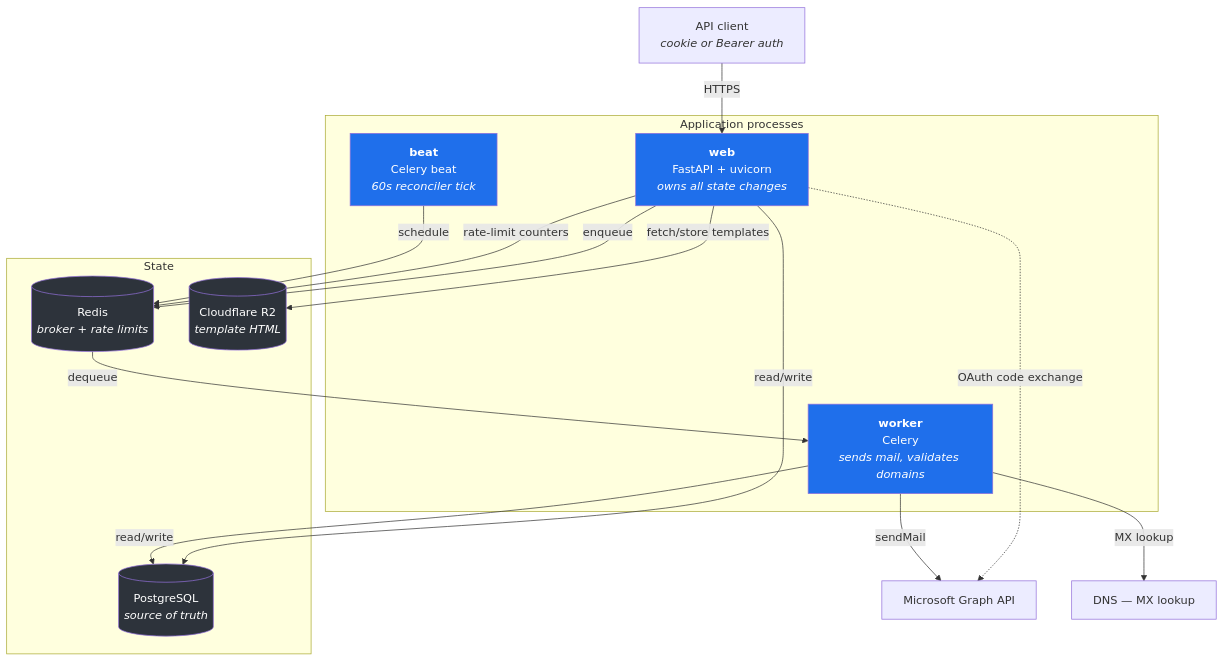
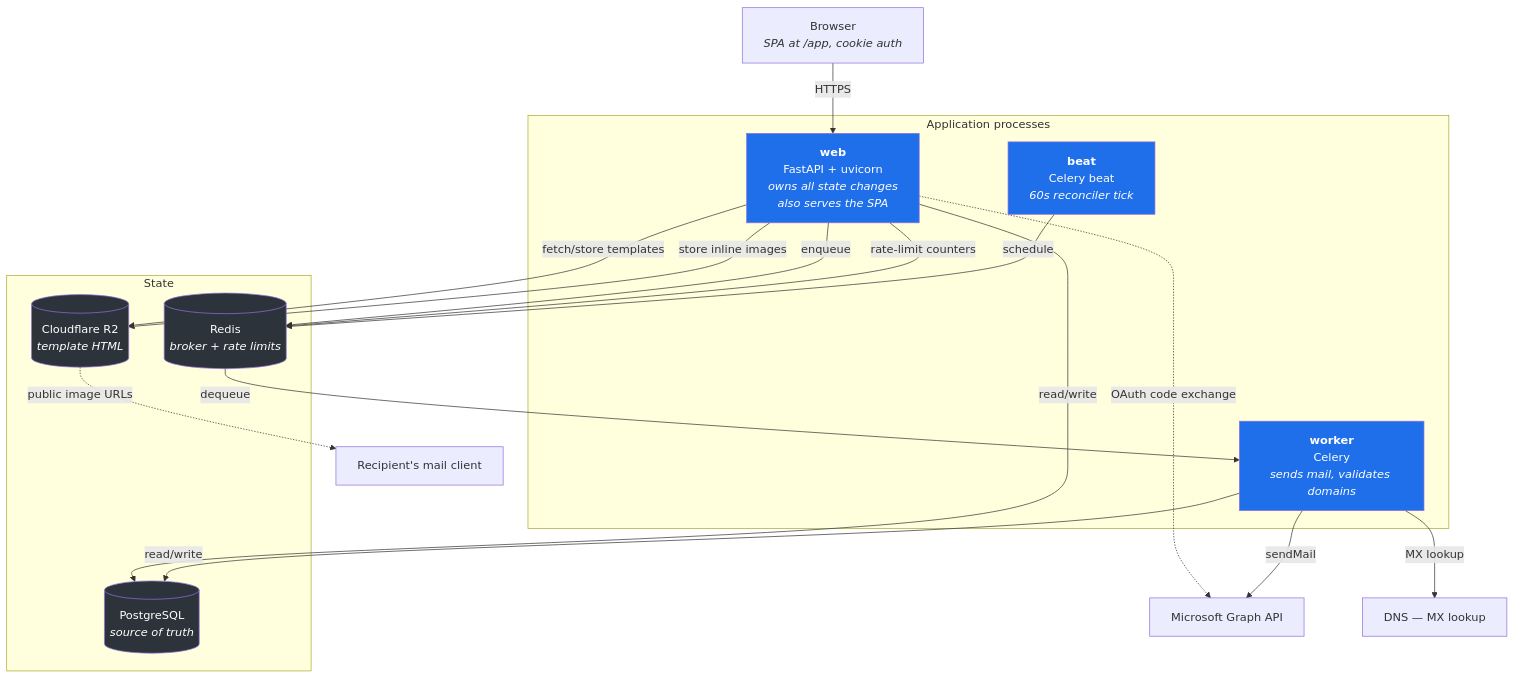
Before and after one commit to dmasifur/full_stack_mailer: the first of 5 diagrams in docs/architecture.md, drawn with Mermaid. The commit also changed other lines of this file and 5 other files, not shown here.

````diff
--- a/docs/architecture.md
+++ b/docs/architecture.md
@@ -22,39 +24,41 @@
 ```mermaid
 graph TB
-    Client["API client<br/><i>cookie or Bearer auth</i>"]
+    Client["Browser<br/><i>SPA at /app, cookie auth</i>"]
 
     subgraph Processes["Application processes"]
-        Web["<b>web</b><br/>FastAPI + uvicorn<br/><i>owns all state changes</i>"]
+        Web["<b>web</b><br/>FastAPI + uvicorn<br/><i>owns all state changes</i><br/><i>also serves the SPA</i>"]
         Worker["<b>worker</b><br/>Celery<br/><i>sends mail, validates domains</i>"]
         Beat["<b>beat</b><br/>Celery beat<br/><i>60s reconciler tick</i>"]
     end
 
     subgraph Stores["State"]
         PG[("PostgreSQL<br/><i>source of truth</i>")]
         Redis[("Redis<br/><i>broker + rate limits</i>")]
         R2[("Cloudflare R2<br/><i>template HTML</i>")]
     end
 
     Graph["Microsoft Graph API"]
     DNS["DNS — MX lookup"]
 
     Client -->|HTTPS| Web
     Web -->|read/write| PG
     Web -->|enqueue| Redis
     Web -->|rate-limit counters| Redis
     Web -->|fetch/store templates| R2
+    Web -->|store inline images| R2
+    R2 -.->|public image URLs| Inbox["Recipient's mail client"]
     Web -.->|OAuth code exchange| Graph
 
     Redis -->|dequeue| Worker
     Beat -->|schedule| Redis
     Worker -->|read/write| PG
     Worker -->|sendMail| Graph
     Worker -->|MX lookup| DNS
 
     style Web fill:#1f6feb,color:#fff
     style Worker fill:#1f6feb,color:#fff
     style Beat fill:#1f6feb,color:#fff
     style PG fill:#2d333b,color:#fff
     style Redis fill:#2d333b,color:#fff
     style R2 fill:#2d333b,color:#fff
 ```
````
